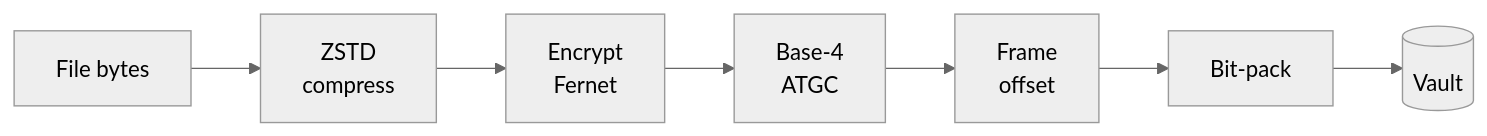
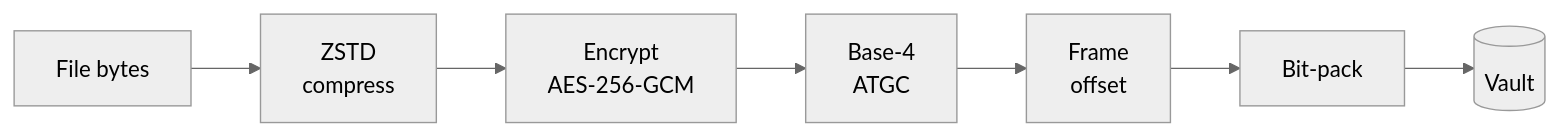
Before and after one commit to whoami-harshal/biovault: the diagram in README.md, drawn with Mermaid (neutral theme). The commit also changed other lines of this file and 14 other files, not shown here.

First line of the commit message:
v5: AES-256-GCM layers, metadata binding, CI and PyPI packaging

````diff
--- a/README.md
+++ b/README.md
@@ -190,9 +196,9 @@
 ```mermaid
 flowchart LR
     A[File bytes] --> B[ZSTD<br/>compress]
-    B --> C[Encrypt<br/>Fernet]
+    B --> C[Encrypt<br/>AES-256-GCM]
     C --> D[Base-4<br/>ATGC]
     D --> E[Frame<br/>offset]
     E --> F[Bit-pack]
     F --> G[(Vault)]
 ```
````
